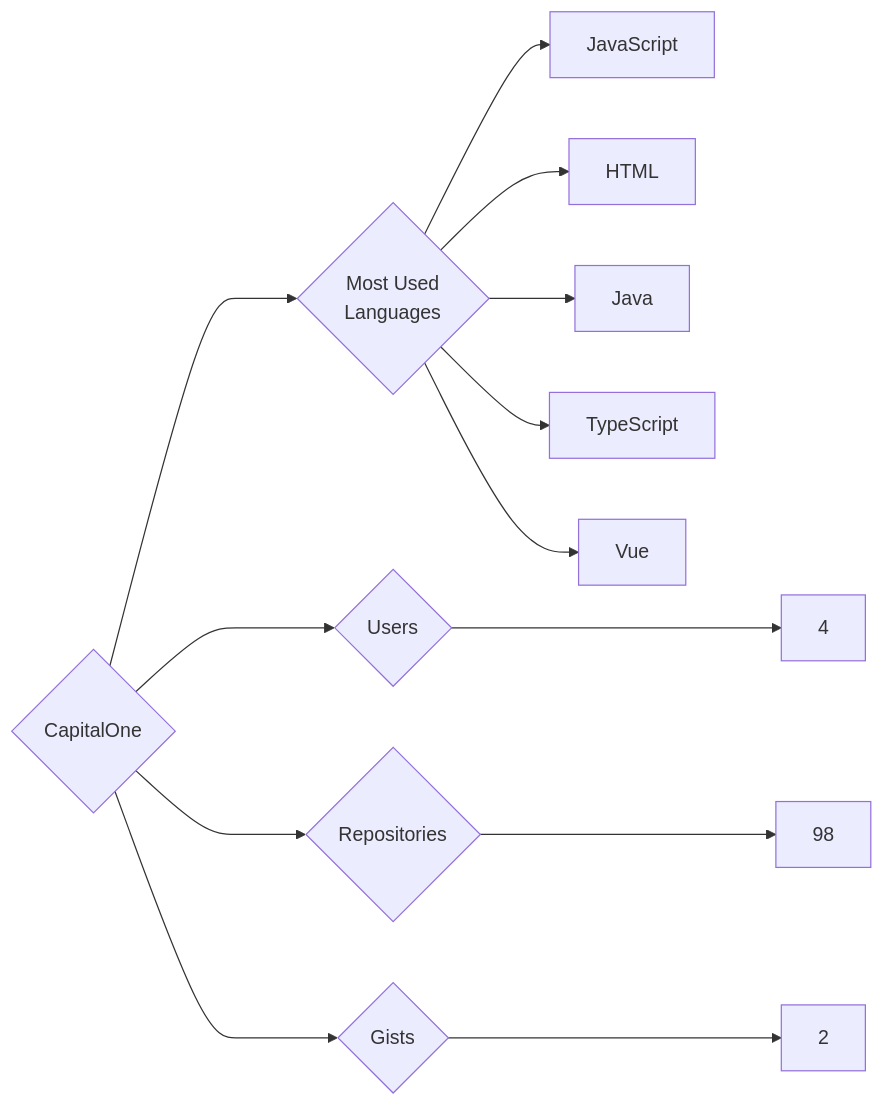
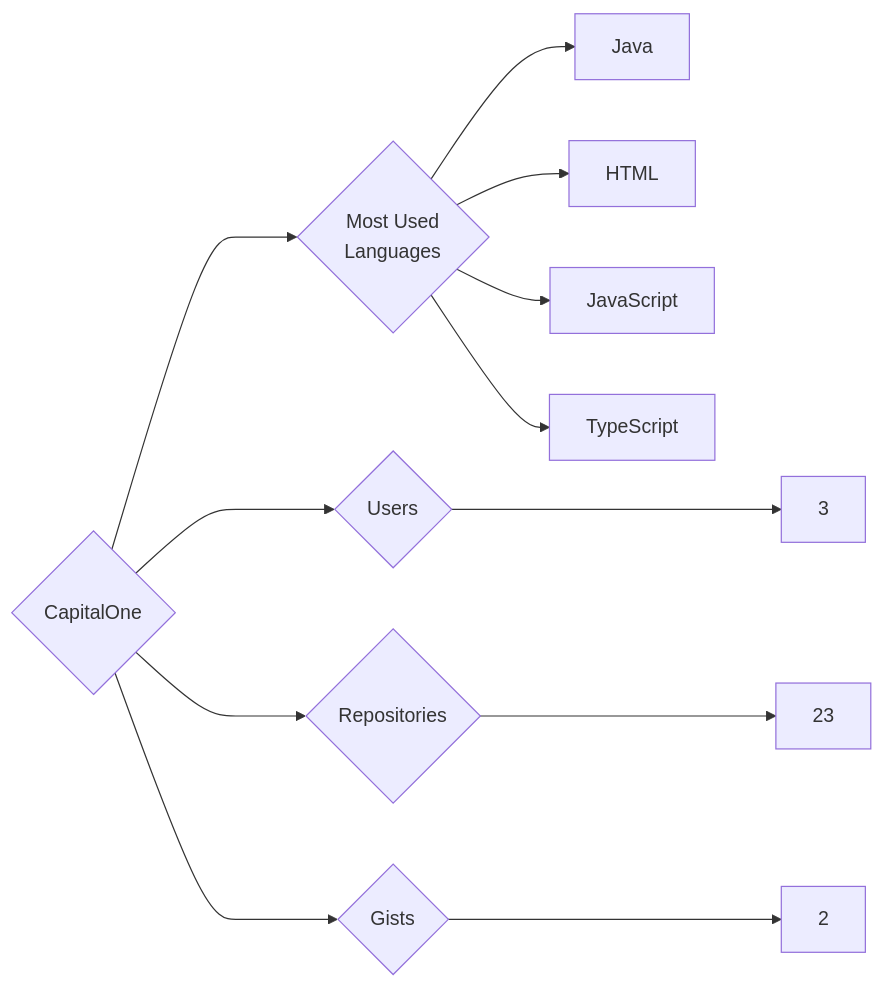
One commit to trickest/insiders changed the diagram in targets/CapitalOne/README.md. Above: the diagram before and after it, drawn with Mermaid. The commit also changed 1084 other files, not shown here.

````diff
--- a/targets/CapitalOne/README.md
+++ b/targets/CapitalOne/README.md
@@ -3,13 +3,12 @@
 ```mermaid
 graph LR
 COMPANY_NAME{CapitalOne}
-COMPANY_NAME ---> U{Users} ---> UN[4]
-COMPANY_NAME ---> R{Repositories} ---> RN[98]
+COMPANY_NAME ---> U{Users} ---> UN[3]
+COMPANY_NAME ---> R{Repositories} ---> RN[23]
 COMPANY_NAME ---> G{Gists} ---> GN[2]
 COMPANY_NAME ---> ML{Most Used<br>Languages}
+ML --> Java[Java]
+ML --> HTML[HTML]
 ML --> JavaScript[JavaScript]
-ML --> HTML[HTML]
-ML --> Java[Java]
 ML --> TypeScript[TypeScript]
-ML --> Vue[Vue]
 ```
````
